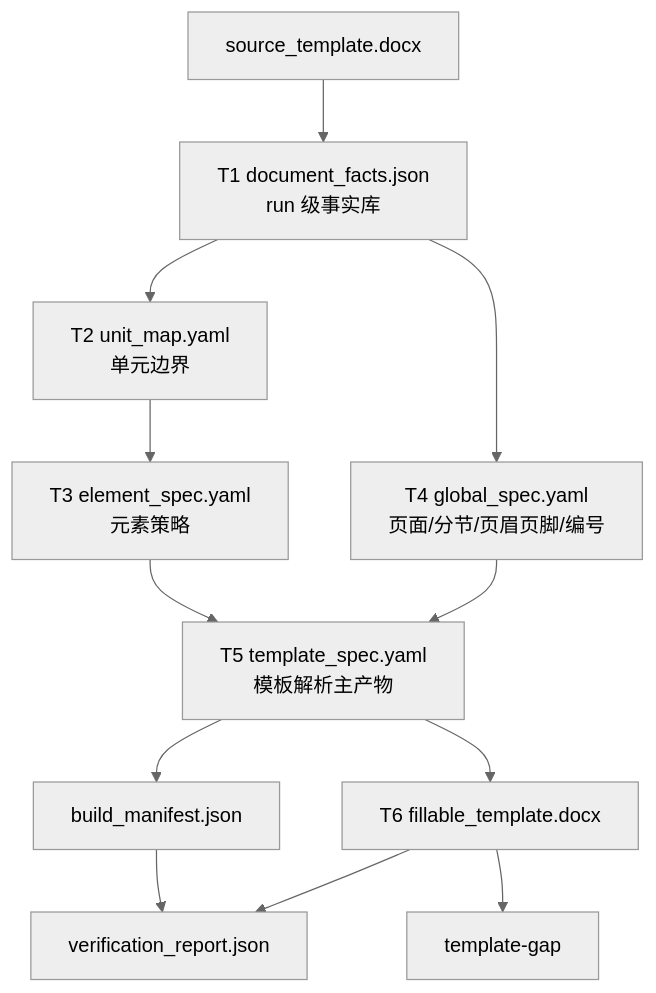
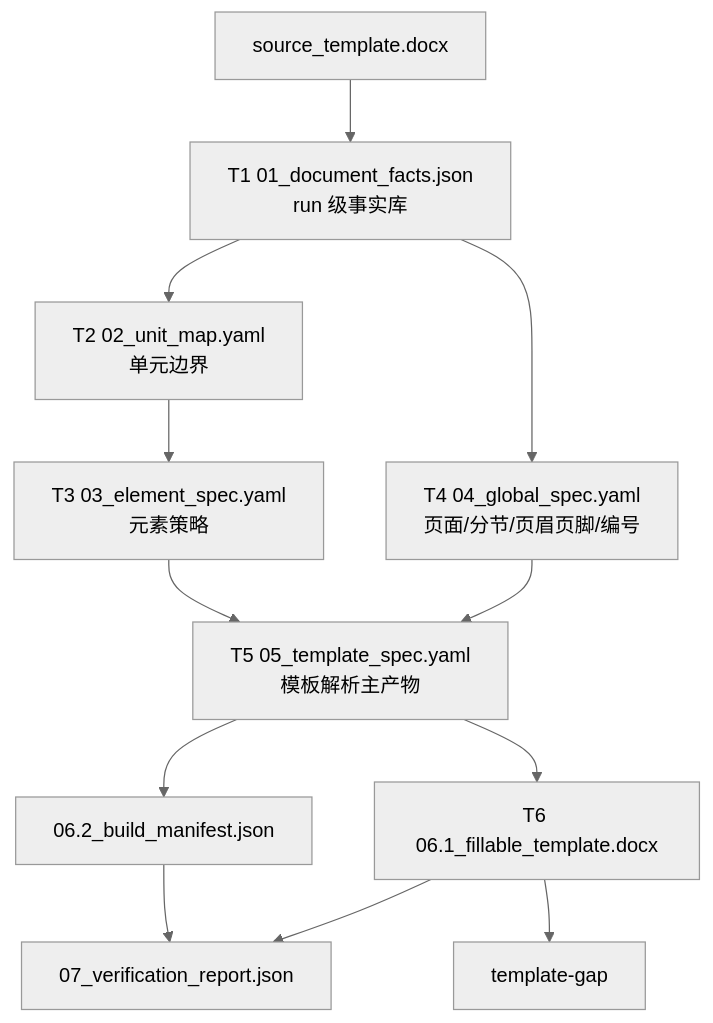
The diagram in docs/current/template-generation.md (bamao88/docfit_v3), drawn with Mermaid (neutral theme) before and after one commit. The commit also changed other lines of this file and 146 other files, not shown here.

````diff
--- a/docs/current/template-generation.md
+++ b/docs/current/template-generation.md
@@ -44,14 +49,14 @@
 ```mermaid
 flowchart TD
-  A["source_template.docx"] --> B["T1 document_facts.json<br/>run 级事实库"]
-  B --> C["T2 unit_map.yaml<br/>单元边界"]
-  B --> D["T4 global_spec.yaml<br/>页面/分节/页眉页脚/编号"]
-  C --> E["T3 element_spec.yaml<br/>元素策略"]
-  D --> F["T5 template_spec.yaml<br/>模板解析主产物"]
+  A["source_template.docx"] --> B["T1 01_document_facts.json<br/>run 级事实库"]
+  B --> C["T2 02_unit_map.yaml<br/>单元边界"]
+  B --> D["T4 04_global_spec.yaml<br/>页面/分节/页眉页脚/编号"]
+  C --> E["T3 03_element_spec.yaml<br/>元素策略"]
+  D --> F["T5 05_template_spec.yaml<br/>模板解析主产物"]
   E --> F
-  F --> G["T6 fillable_template.docx"]
-  F --> H["build_manifest.json"]
-  G --> I["verification_report.json"]
+  F --> G["T6 06.1_fillable_template.docx"]
+  F --> H["06.2_build_manifest.json"]
+  G --> I["07_verification_report.json"]
   H --> I
   G --> J["template-gap"]
 ```
````
